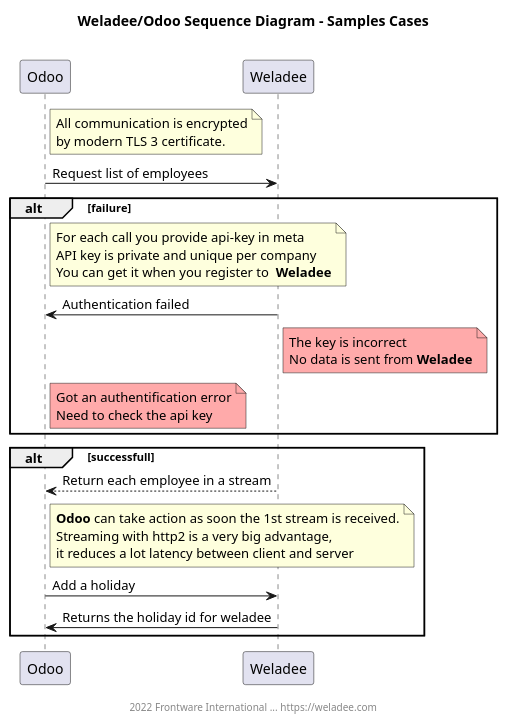
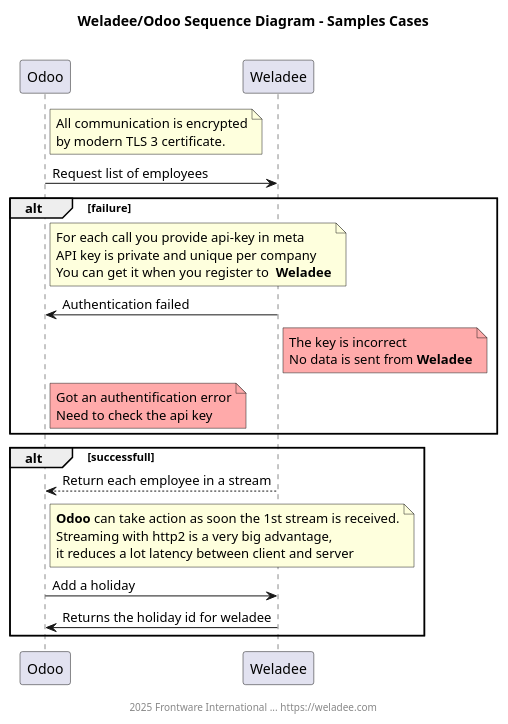
Before and after one commit to Frontware/Weladee-odoo: the diagram in weladee-odoo.puml, drawn with PlantUML. The commit also changed 1 other file, not shown here.

```diff
--- a/weladee-odoo.puml
+++ b/weladee-odoo.puml
@@ -3,41 +3,41 @@
 @startuml Sample case
 
 title Weladee/Odoo Sequence Diagram - Samples Cases\n
 
 note right Odoo
     All communication is encrypted
     by modern TLS 3 certificate.
 end note
 Odoo -> Weladee: Request list of employees
 alt failure
     note right Odoo
         For each call you provide api-key in meta
         API key is private and unique per company
         You can get it when you register to  **Weladee**
     end note
     Weladee -> Odoo: Authentication failed
     note right Weladee #FFAAAA
         The key is incorrect
         No data is sent from **Weladee**
     end note
     note right Odoo #FFAAAA
         Got an authentification error
         Need to check the api key
     end note
 end
 alt successfull
     Weladee --> Odoo: Return each employee in a stream
     note right Odoo
         **Odoo** can take action as soon the 1st stream is received.
         Streaming with http2 is a very big advantage,
         it reduces a lot latency between client and server
     end note
     Odoo -> Weladee: Add a holiday
     Odoo <- Weladee: Returns the holiday id for weladee
 end
 footer
 
-2022 Frontware International ... https://weladee.com
+2025 Frontware International ... https://weladee.com
 end footer
 
 @enduml
```
